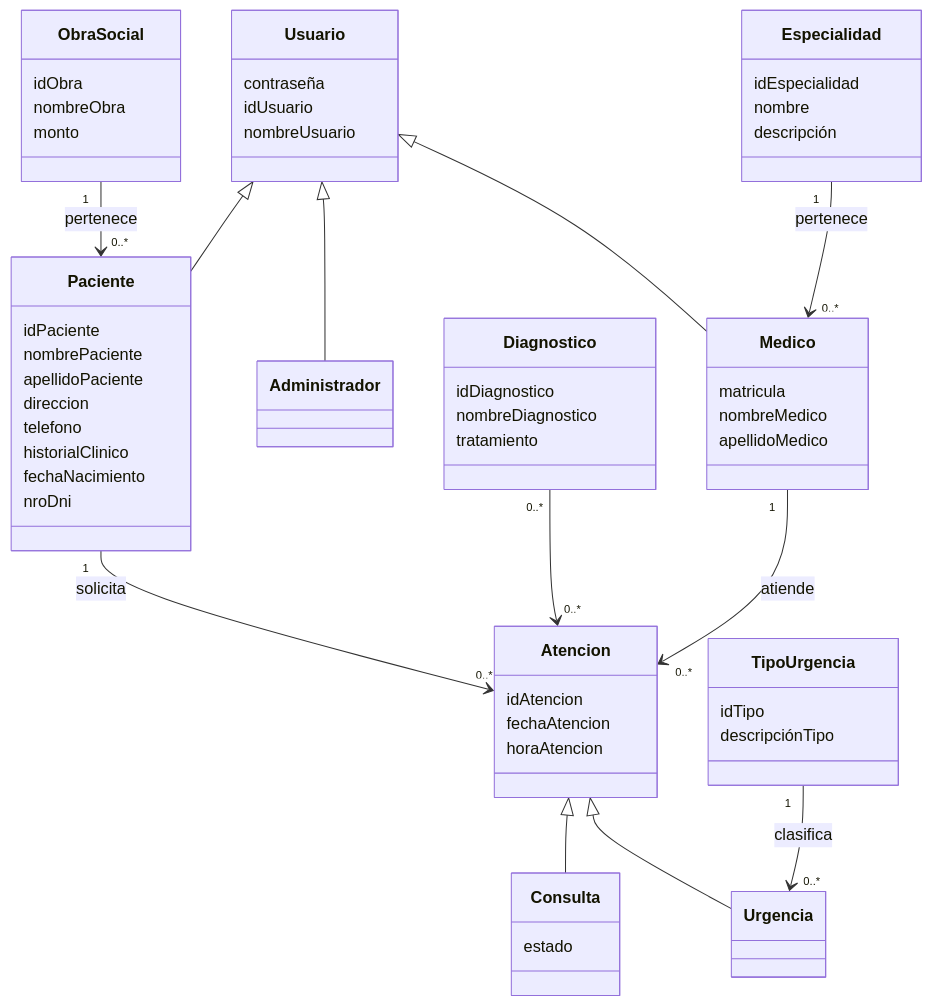
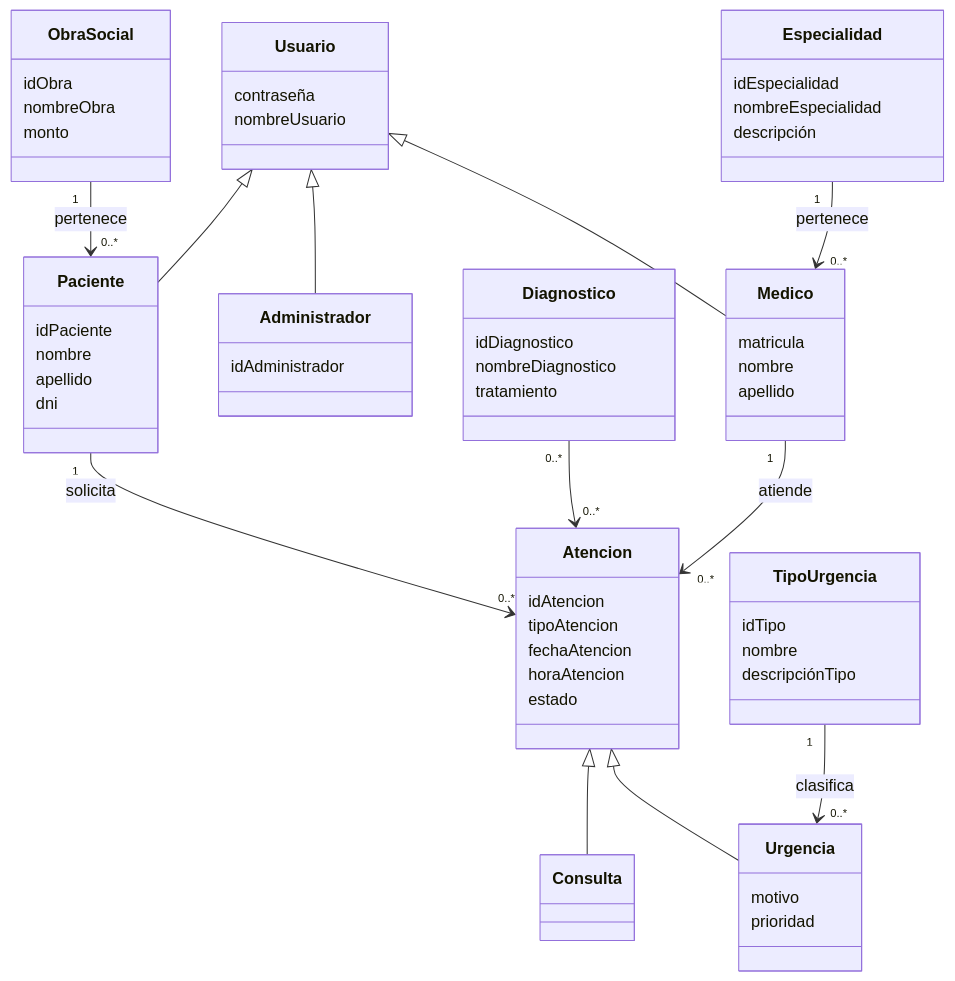
One commit to MayraZapata/TP-DSW-Garcia-Paulucci-Zapata changed the diagram in README.md. Above: the diagram before and after it, drawn with Mermaid. The commit also changed other lines of this file, not shown here.

Commit message:
pequeños arreglos 1
Updated repository links and added additional resources section.

````diff
--- a/README.md
+++ b/README.md
@@ -19,76 +23,77 @@
 ```mermaid
 classDiagram
 class Paciente {
   idPaciente
-  nombrePaciente
-  apellidoPaciente
-  direccion
-  telefono
-  historialClinico
-  fechaNacimiento
-  nroDni
+  nombre
+  apellido
+  dni
 }
 
 class Medico {
   matricula
-  nombreMedico
-  apellidoMedico
+  nombre
+  apellido
 }
 
 class Especialidad {
   idEspecialidad
-  nombre
+  nombreEspecialidad
   descripción
 }
 
 class Atencion {
   idAtencion
+  tipoAtencion
   fechaAtencion
   horaAtencion
-}
-
-class Consulta {
   estado
 }
 
-class Urgencia {}
+class Consulta {}
+
+class Urgencia {
+  motivo
+  prioridad
+}
 
 class TipoUrgencia {
   idTipo
+  nombre
   descripciónTipo
 }
 
 class Diagnostico {
   idDiagnostico
   nombreDiagnostico
   tratamiento
 }
 
 class ObraSocial {
   idObra
   nombreObra
   monto
 }
 
 class Usuario {
   contraseña
-  idUsuario
   nombreUsuario
 }
 
-class Administrador {}
+class Administrador {
+  idAdministrador
+}
 
 Usuario <|-- Paciente
 Usuario <|-- Administrador
 Usuario <|-- Medico
 ObraSocial "1" --> "0..*" Paciente : pertenece
 Paciente "1" --> "0..*" Atencion : solicita
 Medico "1" --> "0..*" Atencion : atiende
 Diagnostico "0..*" --> "0..*" Atencion 
 Especialidad "1" --> "0..*" Medico : pertenece
 TipoUrgencia "1" --> "0..*" Urgencia : clasifica
 Atencion <|-- Consulta
 Atencion <|-- Urgencia
 
 
 ```
````
